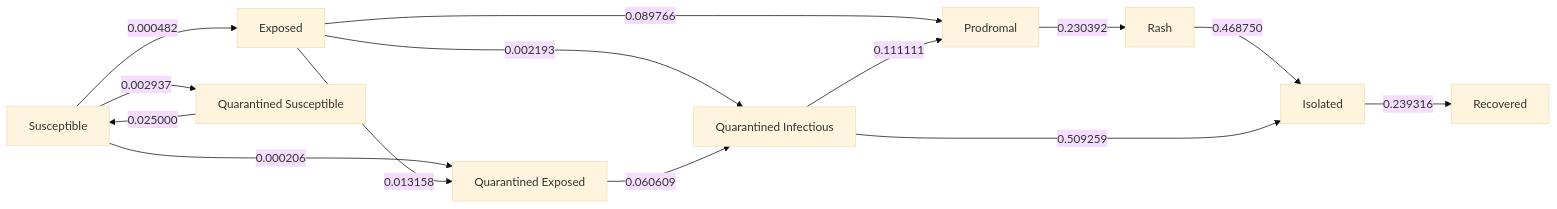
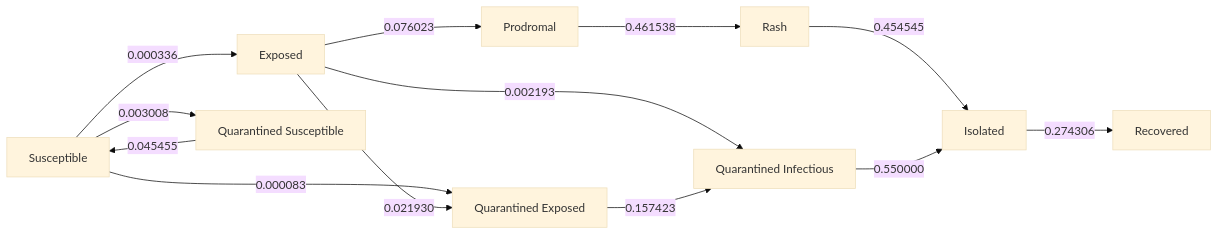
Before and after one commit to EpiForeSITE/epiworld-measles: the diagram in school_quarantine/texas.md, drawn with Mermaid (base theme). The commit also changed other lines of this file and 18 other files, not shown here.

````diff
--- a/school_quarantine/texas.md
+++ b/school_quarantine/texas.md
@@ -163,26 +137,25 @@
 ``` mermaid
 flowchart LR
     s0[Susceptible]
     s1[Exposed]
     s2[Prodromal]
     s3[Rash]
     s4[Isolated]
     s5[Quarantined Exposed]
     s6[Quarantined Susceptible]
     s7[Quarantined Infectious]
     s8[Recovered]
-    s0 -->|0.000482| s1
-    s0 -->|0.000206| s5
-    s0 -->|0.002937| s6
-    s1 -->|0.089766| s2
-    s1 -->|0.013158| s5
+    s0 -->|0.000336| s1
+    s0 -->|0.000083| s5
+    s0 -->|0.003008| s6
+    s1 -->|0.076023| s2
+    s1 -->|0.021930| s5
     s1 -->|0.002193| s7
-    s2 -->|0.230392| s3
-    s3 -->|0.468750| s4
-    s4 -->|0.239316| s8
-    s5 -->|0.060609| s7
-    s6 -->|0.025000| s0
-    s7 -->|0.111111| s2
-    s7 -->|0.509259| s4
+    s2 -->|0.461538| s3
+    s3 -->|0.454545| s4
+    s4 -->|0.274306| s8
+    s5 -->|0.157423| s7
+    s6 -->|0.045455| s0
+    s7 -->|0.550000| s4
 
 ```
````
